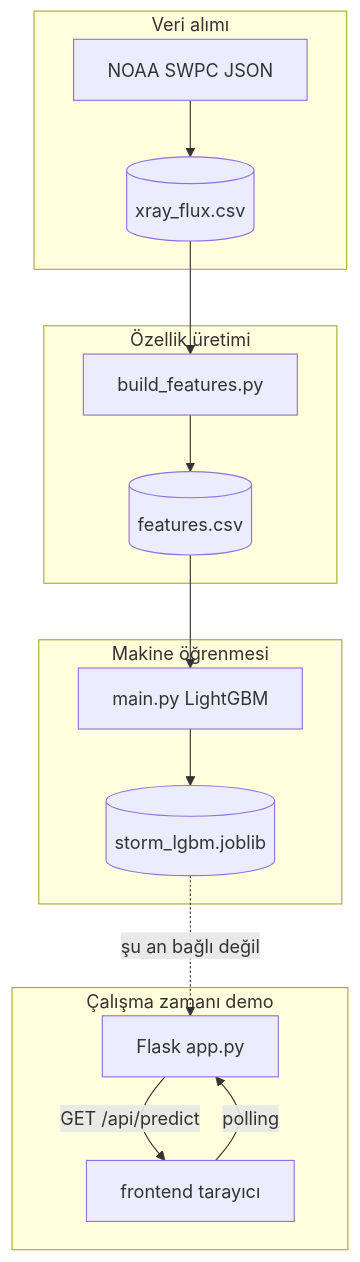
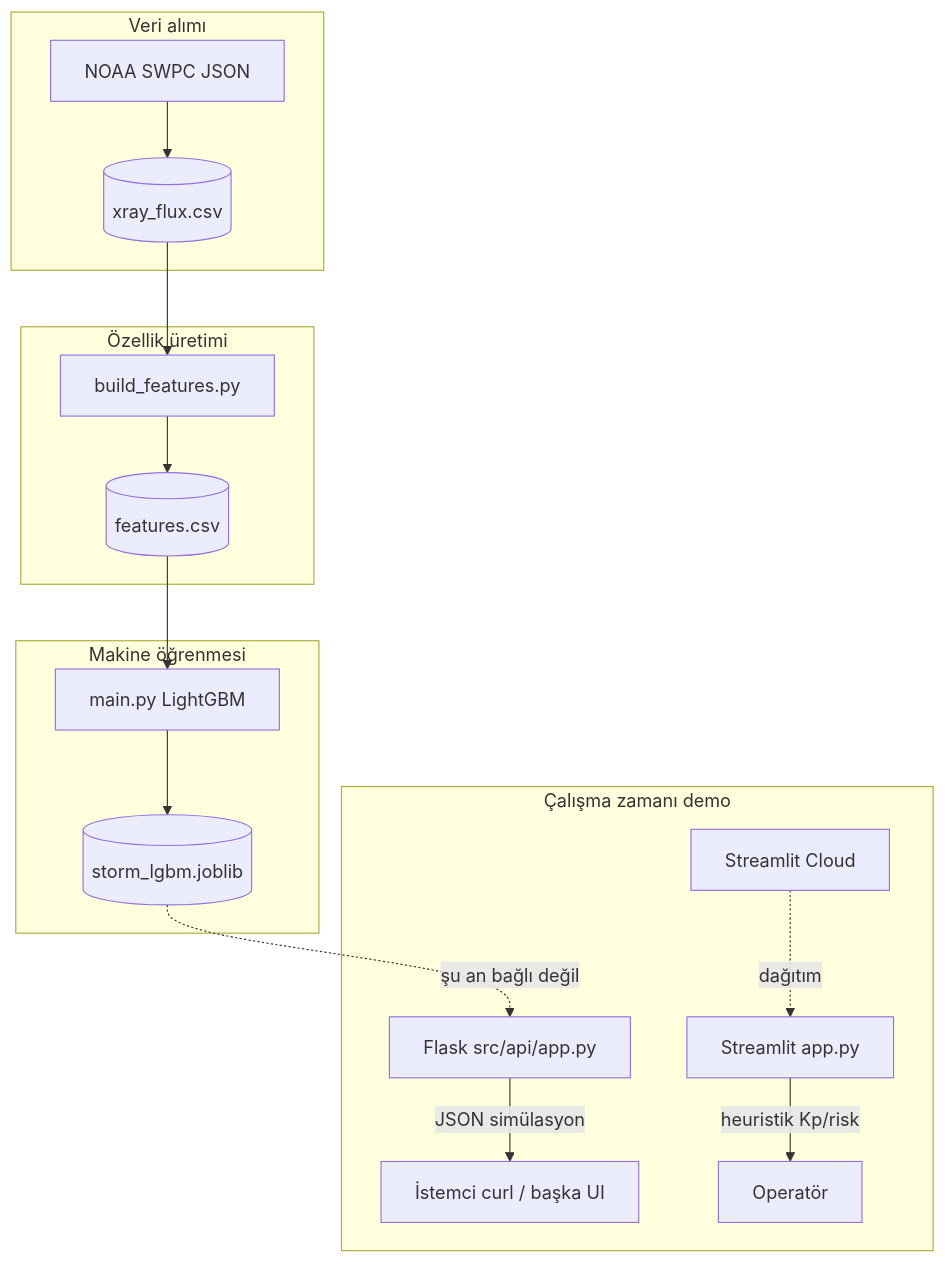
Before and after one commit to kucukogul/perihelion.ai: the diagram in docs/TEKNIK_RAPOR.md, drawn with Mermaid. The commit also changed other lines of this file and 2 other files, not shown here.

First line of the commit message:
docs: Streamlit Cloud link, update RAPOR and TEKNIK_RAPOR

````diff
--- a/docs/TEKNIK_RAPOR.md
+++ b/docs/TEKNIK_RAPOR.md
@@ -34,25 +34,27 @@
 ```mermaid
 flowchart TB
   subgraph ingest [Veri alımı]
     SWPC[NOAA SWPC JSON]
     RAW[(xray_flux.csv)]
     SWPC --> RAW
   end
   subgraph features [Özellik üretimi]
     FEAT[build_features.py]
     PROC[(features.csv)]
     RAW --> FEAT --> PROC
   end
   subgraph ml [Makine öğrenmesi]
     TRAIN[main.py LightGBM]
     JOB[(storm_lgbm.joblib)]
     PROC --> TRAIN --> JOB
   end
   subgraph runtime [Çalışma zamanı demo]
-    FLASK[Flask app.py]
-    FE[frontend tarayıcı]
-    FLASK -->|GET /api/predict| FE
-    FE -->|polling| FLASK
+    FLASK[Flask src/api/app.py]
+    ST[Streamlit app.py]
+    CLOUD[Streamlit Cloud]
+    FLASK -->|JSON simülasyon| API_CLIENT[İstemci curl / başka UI]
+    ST -->|heuristik Kp/risk| USER[Operatör]
+    CLOUD -.->|dağıtım| ST
     JOB -.->|şu an bağlı değil| FLASK
   end
 ```
````
